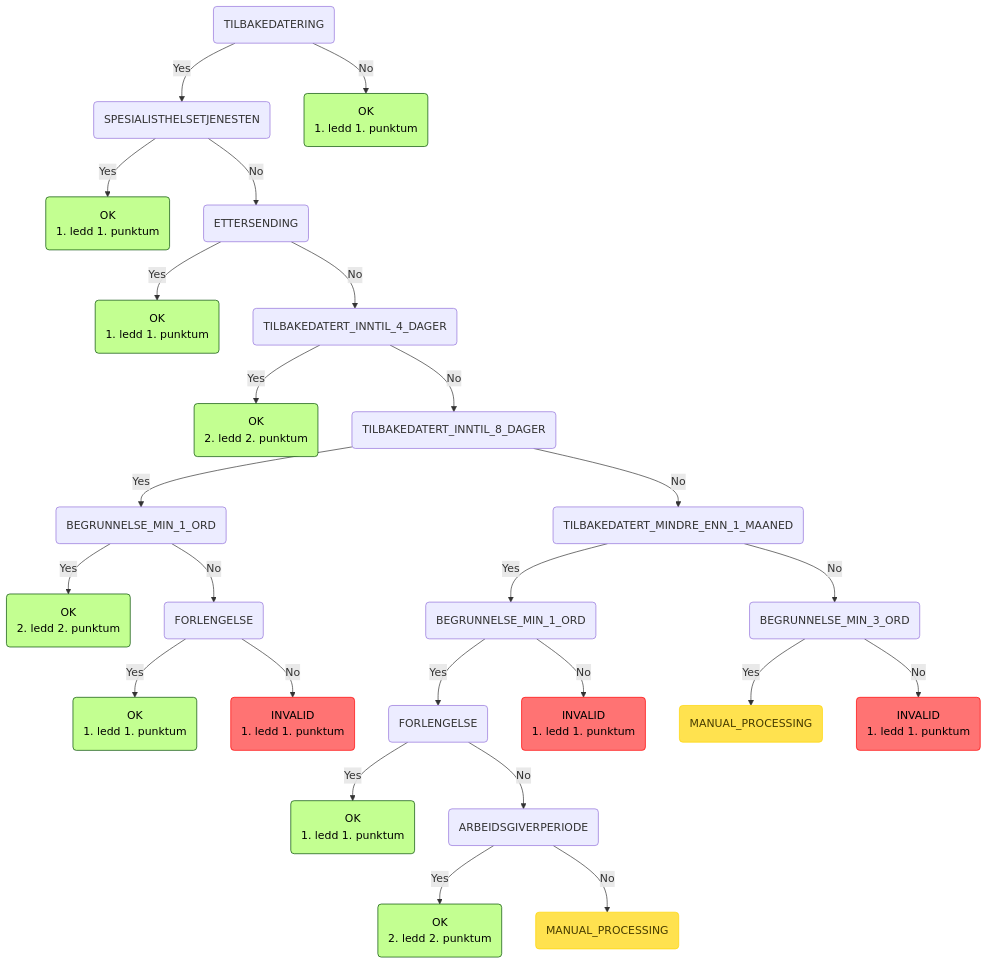
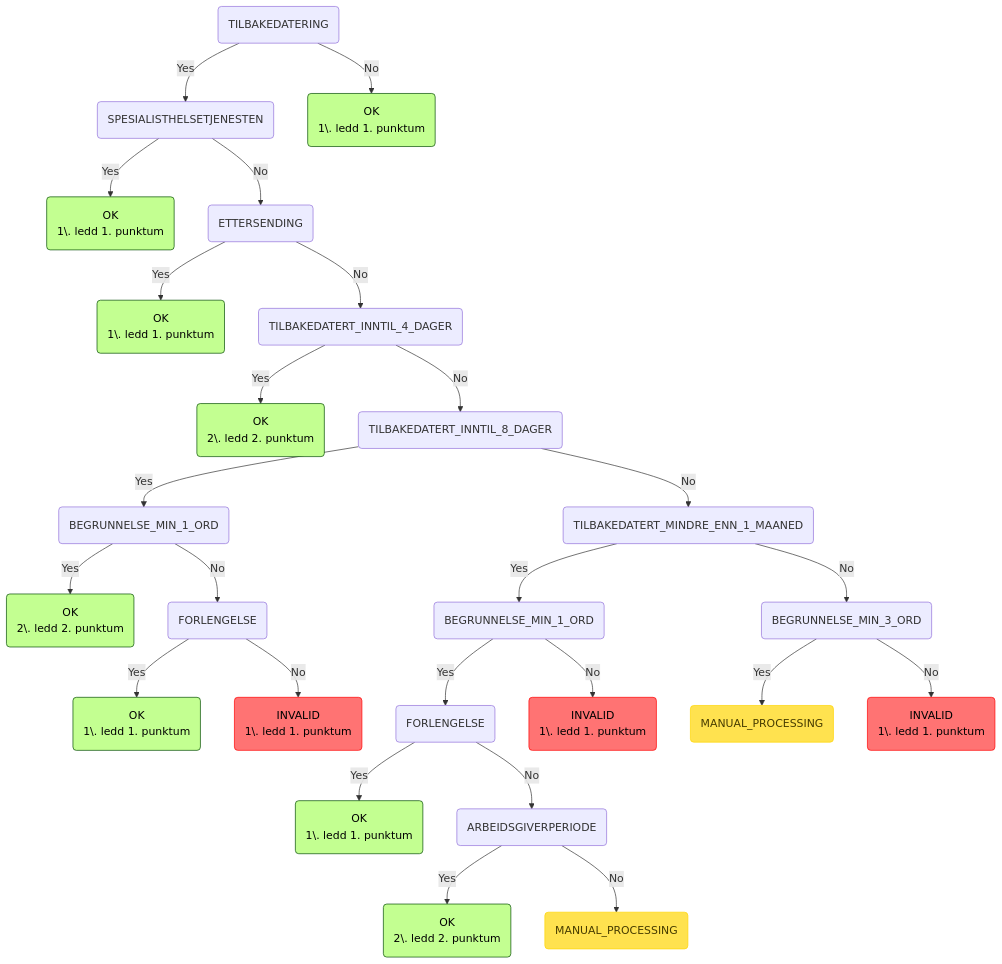
Before and after one commit to navikt/syfosmregler: the ninth of 9 diagrams in README.md, drawn with Mermaid. The commit also changed other lines of this file and 1 other file, not shown here.

Commit message:
Fix/mermaid (#324)

````diff
--- a/README.md
+++ b/README.md
@@ -312,43 +287,43 @@
 ```mermaid
 graph TD
     root(TILBAKEDATERING) -->|Yes| root_TILBAKEDATERING_SPESIALISTHELSETJENESTEN(SPESIALISTHELSETJENESTEN)
     root_TILBAKEDATERING_SPESIALISTHELSETJENESTEN(SPESIALISTHELSETJENESTEN) -->|Yes| root_TILBAKEDATERING_SPESIALISTHELSETJENESTEN_OK(OK
-1. ledd 1. punktum):::ok
+1\. ledd 1. punktum):::ok
     root_TILBAKEDATERING_SPESIALISTHELSETJENESTEN(SPESIALISTHELSETJENESTEN) -->|No| root_TILBAKEDATERING_SPESIALISTHELSETJENESTEN_ETTERSENDING(ETTERSENDING)
     root_TILBAKEDATERING_SPESIALISTHELSETJENESTEN_ETTERSENDING(ETTERSENDING) -->|Yes| root_TILBAKEDATERING_SPESIALISTHELSETJENESTEN_ETTERSENDING_OK(OK
-1. ledd 1. punktum):::ok
+1\. ledd 1. punktum):::ok
     root_TILBAKEDATERING_SPESIALISTHELSETJENESTEN_ETTERSENDING(ETTERSENDING) -->|No| root_TILBAKEDATERING_SPESIALISTHELSETJENESTEN_ETTERSENDING_TILBAKEDATERT_INNTIL_4_DAGER(TILBAKEDATERT_INNTIL_4_DAGER)
     root_TILBAKEDATERING_SPESIALISTHELSETJENESTEN_ETTERSENDING_TILBAKEDATERT_INNTIL_4_DAGER(TILBAKEDATERT_INNTIL_4_DAGER) -->|Yes| root_TILBAKEDATERING_SPESIALISTHELSETJENESTEN_ETTERSENDING_TILBAKEDATERT_INNTIL_4_DAGER_OK(OK
-2. ledd 2. punktum):::ok
+2\. ledd 2. punktum):::ok
     root_TILBAKEDATERING_SPESIALISTHELSETJENESTEN_ETTERSENDING_TILBAKEDATERT_INNTIL_4_DAGER(TILBAKEDATERT_INNTIL_4_DAGER) -->|No| root_TILBAKEDATERING_SPESIALISTHELSETJENESTEN_ETTERSENDING_TILBAKEDATERT_INNTIL_4_DAGER_TILBAKEDATERT_INNTIL_8_DAGER(TILBAKEDATERT_INNTIL_8_DAGER)
     root_TILBAKEDATERING_SPESIALISTHELSETJENESTEN_ETTERSENDING_TILBAKEDATERT_INNTIL_4_DAGER_TILBAKEDATERT_INNTIL_8_DAGER(TILBAKEDATERT_INNTIL_8_DAGER) -->|Yes| root_TILBAKEDATERING_SPESIALISTHELSETJENESTEN_ETTERSENDING_TILBAKEDATERT_INNTIL_4_DAGER_TILBAKEDATERT_INNTIL_8_DAGER_BEGRUNNELSE_MIN_1_ORD(BEGRUNNELSE_MIN_1_ORD)
     root_TILBAKEDATERING_SPESIALISTHELSETJENESTEN_ETTERSENDING_TILBAKEDATERT_INNTIL_4_DAGER_TILBAKEDATERT_INNTIL_8_DAGER_BEGRUNNELSE_MIN_1_ORD(BEGRUNNELSE_MIN_1_ORD) -->|Yes| root_TILBAKEDATERING_SPESIALISTHELSETJENESTEN_ETTERSENDING_TILBAKEDATERT_INNTIL_4_DAGER_TILBAKEDATERT_INNTIL_8_DAGER_BEGRUNNELSE_MIN_1_ORD_OK(OK
-2. ledd 2. punktum):::ok
+2\. ledd 2. punktum):::ok
     root_TILBAKEDATERING_SPESIALISTHELSETJENESTEN_ETTERSENDING_TILBAKEDATERT_INNTIL_4_DAGER_TILBAKEDATERT_INNTIL_8_DAGER_BEGRUNNELSE_MIN_1_ORD(BEGRUNNELSE_MIN_1_ORD) -->|No| root_TILBAKEDATERING_SPESIALISTHELSETJENESTEN_ETTERSENDING_TILBAKEDATERT_INNTIL_4_DAGER_TILBAKEDATERT_INNTIL_8_DAGER_BEGRUNNELSE_MIN_1_ORD_FORLENGELSE(FORLENGELSE)
     root_TILBAKEDATERING_SPESIALISTHELSETJENESTEN_ETTERSENDING_TILBAKEDATERT_INNTIL_4_DAGER_TILBAKEDATERT_INNTIL_8_DAGER_BEGRUNNELSE_MIN_1_ORD_FORLENGELSE(FORLENGELSE) -->|Yes| root_TILBAKEDATERING_SPESIALISTHELSETJENESTEN_ETTERSENDING_TILBAKEDATERT_INNTIL_4_DAGER_TILBAKEDATERT_INNTIL_8_DAGER_BEGRUNNELSE_MIN_1_ORD_FORLENGELSE_OK(OK
-1. ledd 1. punktum):::ok
+1\. ledd 1. punktum):::ok
     root_TILBAKEDATERING_SPESIALISTHELSETJENESTEN_ETTERSENDING_TILBAKEDATERT_INNTIL_4_DAGER_TILBAKEDATERT_INNTIL_8_DAGER_BEGRUNNELSE_MIN_1_ORD_FORLENGELSE(FORLENGELSE) -->|No| root_TILBAKEDATERING_SPESIALISTHELSETJENESTEN_ETTERSENDING_TILBAKEDATERT_INNTIL_4_DAGER_TILBAKEDATERT_INNTIL_8_DAGER_BEGRUNNELSE_MIN_1_ORD_FORLENGELSE_INVALID(INVALID
-1. ledd 1. punktum):::invalid
+1\. ledd 1. punktum):::invalid
     root_TILBAKEDATERING_SPESIALISTHELSETJENESTEN_ETTERSENDING_TILBAKEDATERT_INNTIL_4_DAGER_TILBAKEDATERT_INNTIL_8_DAGER(TILBAKEDATERT_INNTIL_8_DAGER) -->|No| root_TILBAKEDATERING_SPESIALISTHELSETJENESTEN_ETTERSENDING_TILBAKEDATERT_INNTIL_4_DAGER_TILBAKEDATERT_INNTIL_8_DAGER_TILBAKEDATERT_MINDRE_ENN_1_MAANED(TILBAKEDATERT_MINDRE_ENN_1_MAANED)
     root_TILBAKEDATERING_SPESIALISTHELSETJENESTEN_ETTERSENDING_TILBAKEDATERT_INNTIL_4_DAGER_TILBAKEDATERT_INNTIL_8_DAGER_TILBAKEDATERT_MINDRE_ENN_1_MAANED(TILBAKEDATERT_MINDRE_ENN_1_MAANED) -->|Yes| root_TILBAKEDATERING_SPESIALISTHELSETJENESTEN_ETTERSENDING_TILBAKEDATERT_INNTIL_4_DAGER_TILBAKEDATERT_INNTIL_8_DAGER_TILBAKEDATERT_MINDRE_ENN_1_MAANED_BEGRUNNELSE_MIN_1_ORD(BEGRUNNELSE_MIN_1_ORD)
     root_TILBAKEDATERING_SPESIALISTHELSETJENESTEN_ETTERSENDING_TILBAKEDATERT_INNTIL_4_DAGER_TILBAKEDATERT_INNTIL_8_DAGER_TILBAKEDATERT_MINDRE_ENN_1_MAANED_BEGRUNNELSE_MIN_1_ORD(BEGRUNNELSE_MIN_1_ORD) -->|Yes| root_TILBAKEDATERING_SPESIALISTHELSETJENESTEN_ETTERSENDING_TILBAKEDATERT_INNTIL_4_DAGER_TILBAKEDATERT_INNTIL_8_DAGER_TILBAKEDATERT_MINDRE_ENN_1_MAANED_BEGRUNNELSE_MIN_1_ORD_FORLENGELSE(FORLENGELSE)
     root_TILBAKEDATERING_SPESIALISTHELSETJENESTEN_ETTERSENDING_TILBAKEDATERT_INNTIL_4_DAGER_TILBAKEDATERT_INNTIL_8_DAGER_TILBAKEDATERT_MINDRE_ENN_1_MAANED_BEGRUNNELSE_MIN_1_ORD_FORLENGELSE(FORLENGELSE) -->|Yes| root_TILBAKEDATERING_SPESIALISTHELSETJENESTEN_ETTERSENDING_TILBAKEDATERT_INNTIL_4_DAGER_TILBAKEDATERT_INNTIL_8_DAGER_TILBAKEDATERT_MINDRE_ENN_1_MAANED_BEGRUNNELSE_MIN_1_ORD_FORLENGELSE_OK(OK
-1. ledd 1. punktum):::ok
+1\. ledd 1. punktum):::ok
     root_TILBAKEDATERING_SPESIALISTHELSETJENESTEN_ETTERSENDING_TILBAKEDATERT_INNTIL_4_DAGER_TILBAKEDATERT_INNTIL_8_DAGER_TILBAKEDATERT_MINDRE_ENN_1_MAANED_BEGRUNNELSE_MIN_1_ORD_FORLENGELSE(FORLENGELSE) -->|No| root_TILBAKEDATERING_SPESIALISTHELSETJENESTEN_ETTERSENDING_TILBAKEDATERT_INNTIL_4_DAGER_TILBAKEDATERT_INNTIL_8_DAGER_TILBAKEDATERT_MINDRE_ENN_1_MAANED_BEGRUNNELSE_MIN_1_ORD_FORLENGELSE_ARBEIDSGIVERPERIODE(ARBEIDSGIVERPERIODE)
     root_TILBAKEDATERING_SPESIALISTHELSETJENESTEN_ETTERSENDING_TILBAKEDATERT_INNTIL_4_DAGER_TILBAKEDATERT_INNTIL_8_DAGER_TILBAKEDATERT_MINDRE_ENN_1_MAANED_BEGRUNNELSE_MIN_1_ORD_FORLENGELSE_ARBEIDSGIVERPERIODE(ARBEIDSGIVERPERIODE) -->|Yes| root_TILBAKEDATERING_SPESIALISTHELSETJENESTEN_ETTERSENDING_TILBAKEDATERT_INNTIL_4_DAGER_TILBAKEDATERT_INNTIL_8_DAGER_TILBAKEDATERT_MINDRE_ENN_1_MAANED_BEGRUNNELSE_MIN_1_ORD_FORLENGELSE_ARBEIDSGIVERPERIODE_OK(OK
-2. ledd 2. punktum):::ok
+2\. ledd 2. punktum):::ok
     root_TILBAKEDATERING_SPESIALISTHELSETJENESTEN_ETTERSENDING_TILBAKEDATERT_INNTIL_4_DAGER_TILBAKEDATERT_INNTIL_8_DAGER_TILBAKEDATERT_MINDRE_ENN_1_MAANED_BEGRUNNELSE_MIN_1_ORD_FORLENGELSE_ARBEIDSGIVERPERIODE(ARBEIDSGIVERPERIODE) -->|No| root_TILBAKEDATERING_SPESIALISTHELSETJENESTEN_ETTERSENDING_TILBAKEDATERT_INNTIL_4_DAGER_TILBAKEDATERT_INNTIL_8_DAGER_TILBAKEDATERT_MINDRE_ENN_1_MAANED_BEGRUNNELSE_MIN_1_ORD_FORLENGELSE_ARBEIDSGIVERPERIODE_MANUAL_PROCESSING(MANUAL_PROCESSING
 ):::manuell
     root_TILBAKEDATERING_SPESIALISTHELSETJENESTEN_ETTERSENDING_TILBAKEDATERT_INNTIL_4_DAGER_TILBAKEDATERT_INNTIL_8_DAGER_TILBAKEDATERT_MINDRE_ENN_1_MAANED_BEGRUNNELSE_MIN_1_ORD(BEGRUNNELSE_MIN_1_ORD) -->|No| root_TILBAKEDATERING_SPESIALISTHELSETJENESTEN_ETTERSENDING_TILBAKEDATERT_INNTIL_4_DAGER_TILBAKEDATERT_INNTIL_8_DAGER_TILBAKEDATERT_MINDRE_ENN_1_MAANED_BEGRUNNELSE_MIN_1_ORD_INVALID(INVALID
-1. ledd 1. punktum):::invalid
+1\. ledd 1. punktum):::invalid
     root_TILBAKEDATERING_SPESIALISTHELSETJENESTEN_ETTERSENDING_TILBAKEDATERT_INNTIL_4_DAGER_TILBAKEDATERT_INNTIL_8_DAGER_TILBAKEDATERT_MINDRE_ENN_1_MAANED(TILBAKEDATERT_MINDRE_ENN_1_MAANED) -->|No| root_TILBAKEDATERING_SPESIALISTHELSETJENESTEN_ETTERSENDING_TILBAKEDATERT_INNTIL_4_DAGER_TILBAKEDATERT_INNTIL_8_DAGER_TILBAKEDATERT_MINDRE_ENN_1_MAANED_BEGRUNNELSE_MIN_3_ORD(BEGRUNNELSE_MIN_3_ORD)
     root_TILBAKEDATERING_SPESIALISTHELSETJENESTEN_ETTERSENDING_TILBAKEDATERT_INNTIL_4_DAGER_TILBAKEDATERT_INNTIL_8_DAGER_TILBAKEDATERT_MINDRE_ENN_1_MAANED_BEGRUNNELSE_MIN_3_ORD(BEGRUNNELSE_MIN_3_ORD) -->|Yes| root_TILBAKEDATERING_SPESIALISTHELSETJENESTEN_ETTERSENDING_TILBAKEDATERT_INNTIL_4_DAGER_TILBAKEDATERT_INNTIL_8_DAGER_TILBAKEDATERT_MINDRE_ENN_1_MAANED_BEGRUNNELSE_MIN_3_ORD_MANUAL_PROCESSING(MANUAL_PROCESSING
 ):::manuell
     root_TILBAKEDATERING_SPESIALISTHELSETJENESTEN_ETTERSENDING_TILBAKEDATERT_INNTIL_4_DAGER_TILBAKEDATERT_INNTIL_8_DAGER_TILBAKEDATERT_MINDRE_ENN_1_MAANED_BEGRUNNELSE_MIN_3_ORD(BEGRUNNELSE_MIN_3_ORD) -->|No| root_TILBAKEDATERING_SPESIALISTHELSETJENESTEN_ETTERSENDING_TILBAKEDATERT_INNTIL_4_DAGER_TILBAKEDATERT_INNTIL_8_DAGER_TILBAKEDATERT_MINDRE_ENN_1_MAANED_BEGRUNNELSE_MIN_3_ORD_INVALID(INVALID
-1. ledd 1. punktum):::invalid
+1\. ledd 1. punktum):::invalid
     root(TILBAKEDATERING) -->|No| root_TILBAKEDATERING_OK(OK
-1. ledd 1. punktum):::ok
+1\. ledd 1. punktum):::ok
     classDef ok fill:#c3ff91,stroke:#004a00,color: black;
     classDef invalid fill:#ff7373,stroke:#ff0000,color: black;
     classDef manuell fill:#ffe24f,stroke:#ffd500,color: #473c00;
 ```
````
